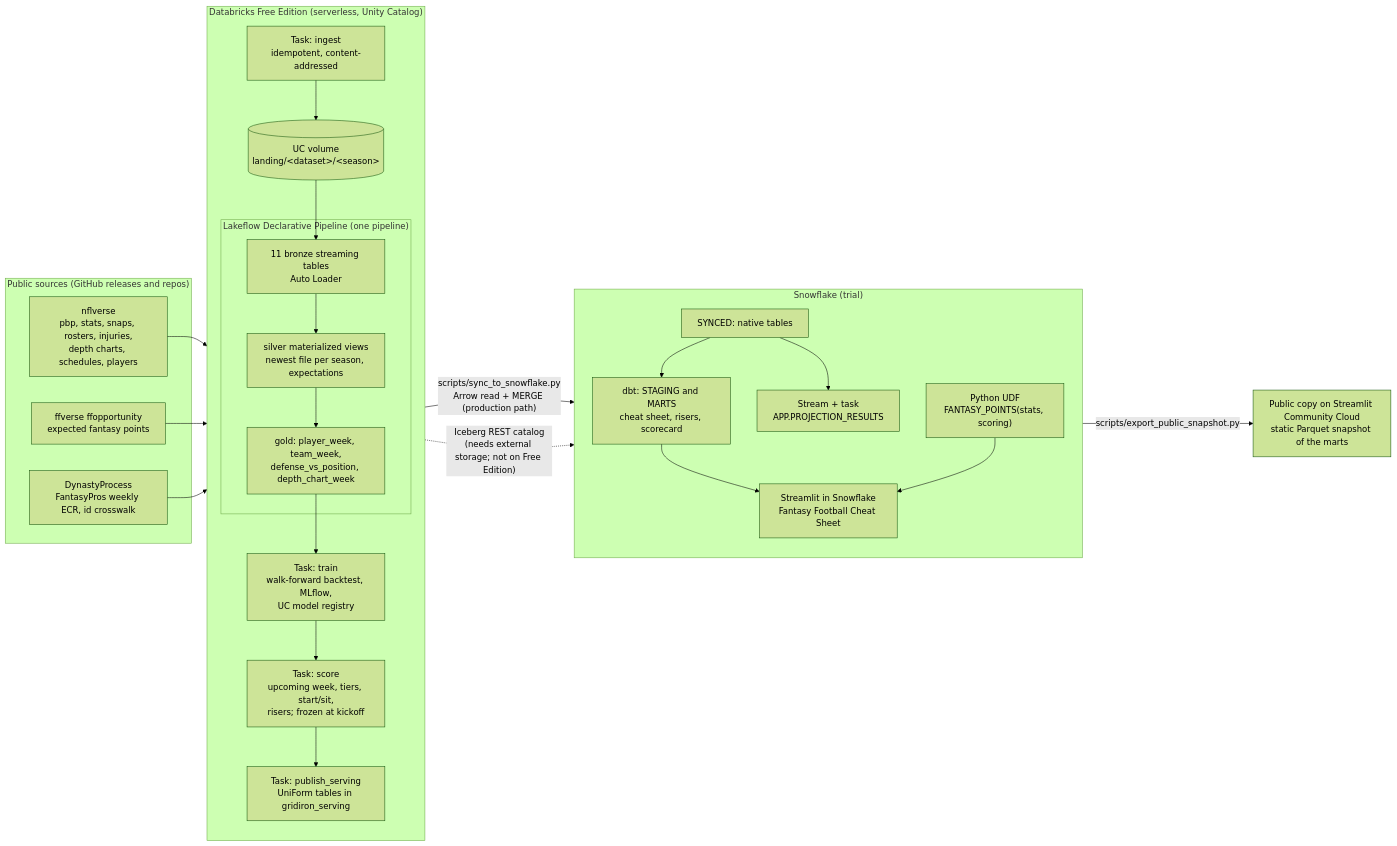
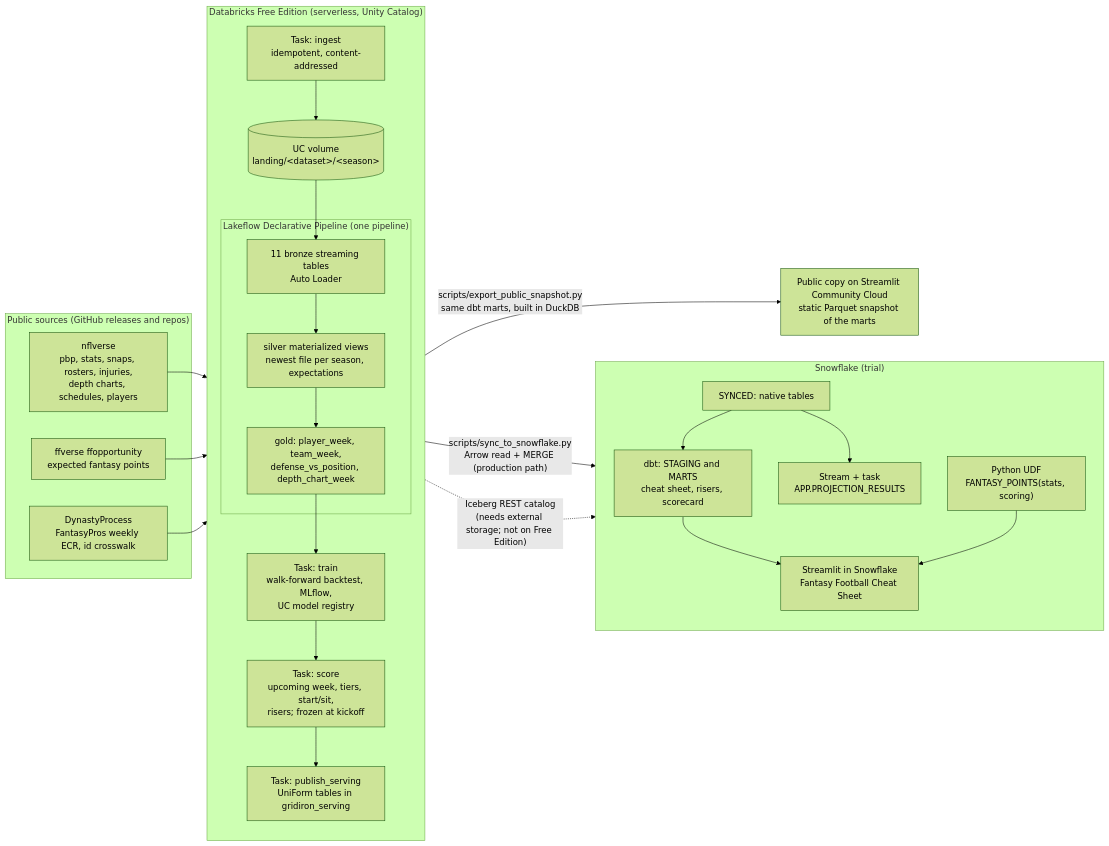
One commit to RettWilson22/gridiron-lakehouse changed the diagram in README.md. Above: the diagram before and after it, drawn with Mermaid (forest theme). The commit also changed other lines of this file and 33 other files, not shown here.

````diff
--- a/README.md
+++ b/README.md
@@ -41,44 +67,44 @@
 ```mermaid
 flowchart LR
     subgraph Sources["Public sources (GitHub releases and repos)"]
         NV["nflverse<br/>pbp, stats, snaps, rosters, injuries,<br/>depth charts, schedules, players"]
         FF["ffverse ffopportunity<br/>expected fantasy points"]
         DP["DynastyProcess<br/>FantasyPros weekly ECR, id crosswalk"]
     end
 
     subgraph Databricks["Databricks Free Edition (serverless, Unity Catalog)"]
         direction TB
         ING["Task: ingest<br/>idempotent, content-addressed"]
         VOL[("UC volume<br/>landing/&lt;dataset&gt;/&lt;season&gt;")]
         subgraph LDP["Lakeflow Declarative Pipeline (one pipeline)"]
             BR["11 bronze streaming tables<br/>Auto Loader"]
             SI["silver materialized views<br/>newest file per season, expectations"]
             GO["gold: player_week, team_week,<br/>defense_vs_position, depth_chart_week"]
         end
         TR["Task: train<br/>walk-forward backtest, MLflow,<br/>UC model registry"]
         SC["Task: score<br/>upcoming week, tiers, start/sit,<br/>risers; frozen at kickoff"]
         PUB["Task: publish_serving<br/>UniForm tables in gridiron_serving"]
         ING --> VOL --> BR --> SI --> GO --> TR --> SC --> PUB
     end
 
     subgraph Snowflake["Snowflake (trial)"]
         direction TB
         SYN["SYNCED: native tables"]
         DBT["dbt: STAGING and MARTS<br/>cheat sheet, risers, scorecard"]
         UDF["Python UDF<br/>FANTASY_POINTS(stats, scoring)"]
         TASK["Stream + task<br/>APP.PROJECTION_RESULTS"]
         APP["Streamlit in Snowflake<br/>Fantasy Football Cheat Sheet"]
         SYN --> DBT --> APP
         SYN --> TASK
         UDF --> APP
     end
 
     PUBLIC["Public copy on Streamlit Community Cloud<br/>static Parquet snapshot of the marts"]
 
     NV --> ING
     FF --> ING
     DP --> ING
     PUB -- "scripts/sync_to_snowflake.py<br/>Arrow read + MERGE (production path)" --> SYN
     PUB -. "Iceberg REST catalog<br/>(needs external storage; not on Free Edition)" .-> SYN
-    DBT -- "scripts/export_public_snapshot.py" --> PUBLIC
+    PUB -- "scripts/export_public_snapshot.py<br/>same dbt marts, built in DuckDB" --> PUBLIC
 ```
````
